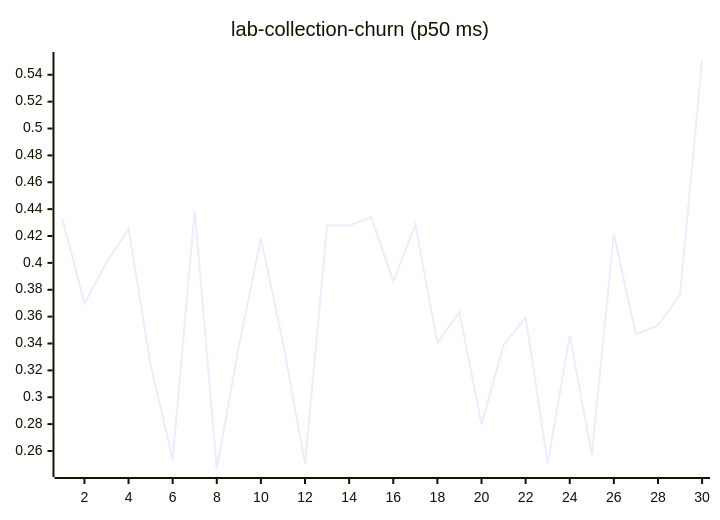
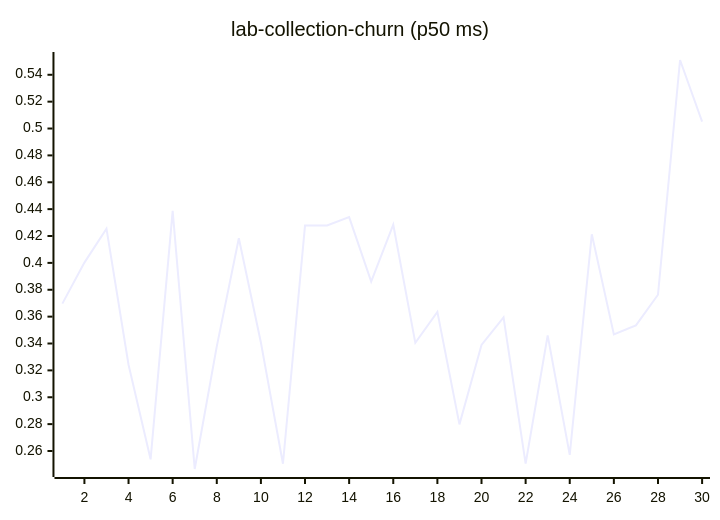
One commit to josha/Facet changed diagram 11 of 27 in README.md. Above: the diagram before and after it, drawn with Mermaid. The commit also changed other lines of this file and 2 other files, not shown here.

````diff
--- a/README.md
+++ b/README.md
@@ -133,6 +133,6 @@
 ```mermaid
 xychart-beta
     title "lab-collection-churn (p50 ms)"
     x-axis 1 --> 30
-    line [0.4329, 0.3697, 0.4002, 0.4255, 0.3242, 0.2538, 0.4387, 0.2466, 0.3379, 0.4183, 0.3407, 0.2505, 0.4278, 0.4279, 0.4341, 0.3861, 0.4284, 0.3405, 0.3635, 0.2798, 0.3389, 0.3594, 0.2506, 0.3460, 0.2571, 0.4213, 0.3468, 0.3535, 0.3763, 0.5510]
+    line [0.3697, 0.4002, 0.4255, 0.3242, 0.2538, 0.4387, 0.2466, 0.3379, 0.4183, 0.3407, 0.2505, 0.4278, 0.4279, 0.4341, 0.3861, 0.4284, 0.3405, 0.3635, 0.2798, 0.3389, 0.3594, 0.2506, 0.3460, 0.2571, 0.4213, 0.3468, 0.3535, 0.3763, 0.5510, 0.5051]
 ```
````
